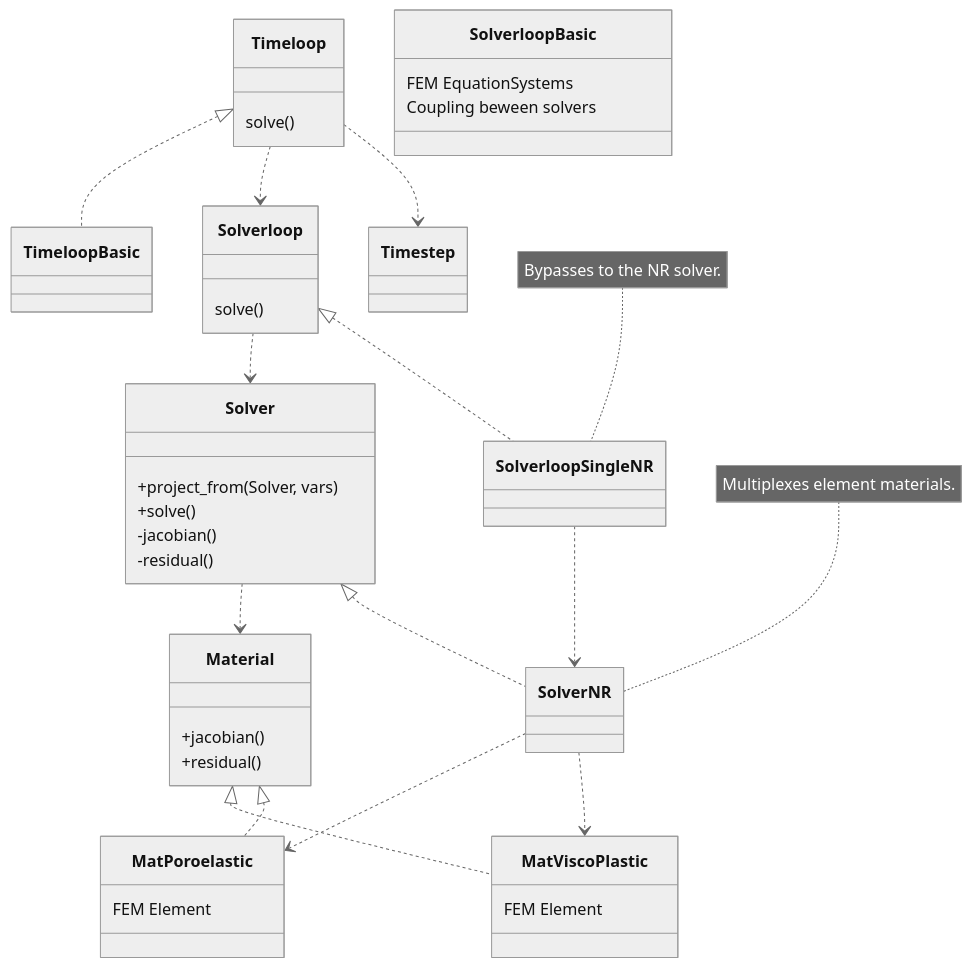
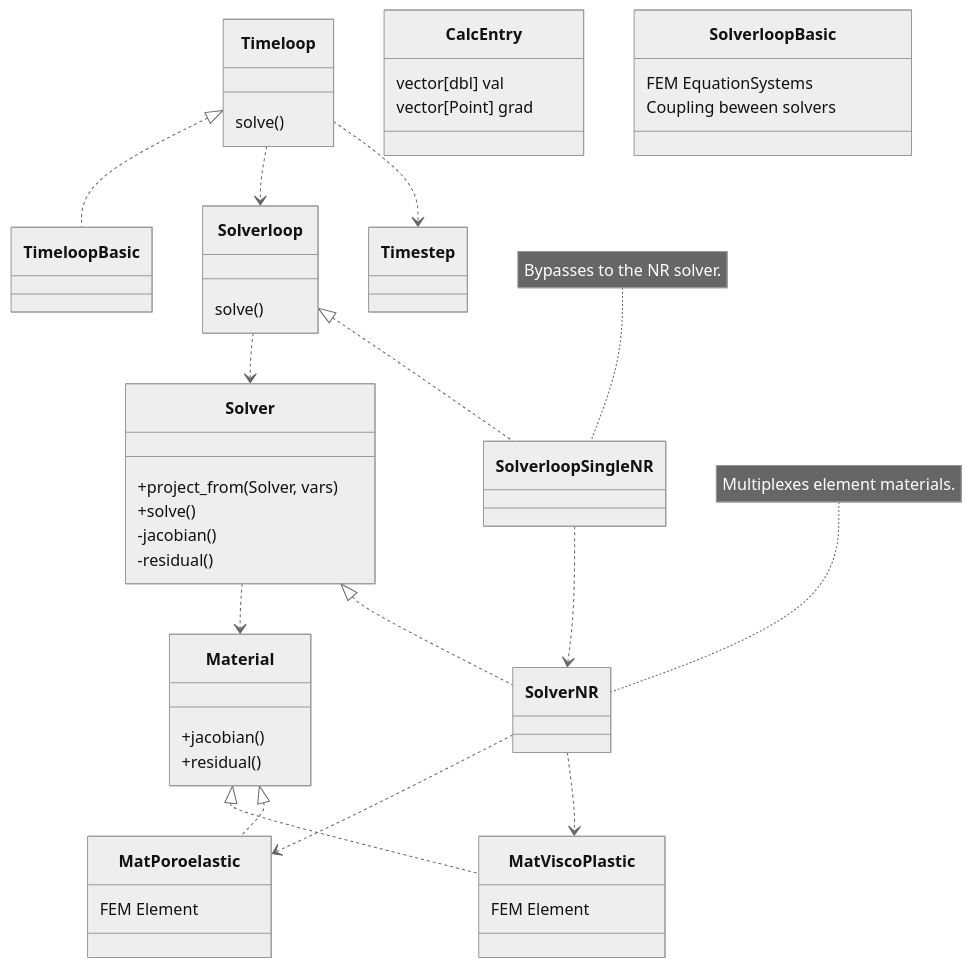
Before and after one commit to rebpoli/harpy: the diagram in include/README.md, drawn with Mermaid (neutral theme). The commit also changed other lines of this file, not shown here.

````diff
--- a/include/README.md
+++ b/include/README.md
@@ -15,69 +15,74 @@
 ```mermaid
 classDiagram
 %% Interfaces
     class Timeloop { 
         solve()
     }
 
     class Solverloop {
         solve()
     }
 
     class Solver {
         +project_from(Solver, vars)
         +solve()
         -jacobian()
         -residual()
     }
 
 
     class Material {
         +jacobian()
         +residual()
+    }
+
+    class CalcEntry {
+        vector[dbl] val
+        vector[Point] grad
     }
 
 %% Helper
     class Timestep { }
 
 %% Implementations
     class SolverloopBasic {
         FEM EquationSystems
         Coupling beween solvers
     }
 
     class MatViscoPlastic { FEM Element }
 
     class MatPoroelastic { FEM Element }
 
 %% Dependencies
     Timeloop ..> Timestep
     Timeloop ..> Solverloop
 
     note for SolverloopSingleNR "Bypasses to the NR solver."
     SolverloopSingleNR ..> SolverNR
 
 %% Interfaces << implementations
     Timeloop <|.. TimeloopBasic
     Material <|.. MatPoroelastic
     Material <|.. MatViscoPlastic
     Solverloop <|.. SolverloopSingleNR
     Solver <|.. SolverNR
     note for SolverNR "Multiplexes element materials."
 
     Solverloop ..> Solver
     Solver..> Material
 
     SolverNR ..> MatViscoPlastic
     SolverNR ..> MatPoroelastic
 
 %%
 %% classA <|-- classB    // Inheritance (B inherits from A)
 %% classA <|.. classB    // Implementation (B implements A)
 %% classA *-- classB     // Composition (B is part of A)
 %% classA o-- classB     // Aggregation (B is used by A)
 %% classA --> classB     // Association (A references B)
 %% classA ..> classB     // Dependency (A depends on B)
 %% classA ..|> classB    // Realization (B realizes A)
 %% classA <--> classB    // Bidirectional association
 
 ```
````
